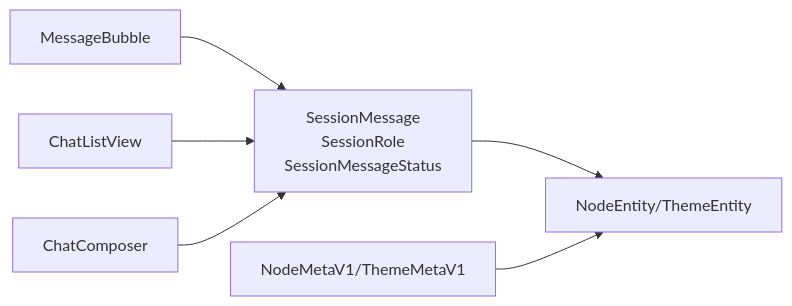
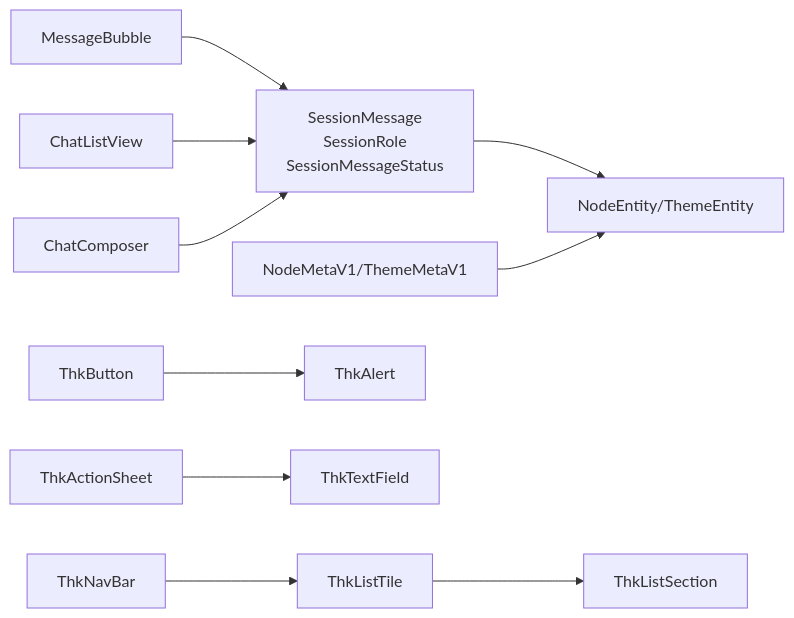
Before and after one commit to Ykworm/thktree: diagram 12 of 12 in .qoder/repowiki/zh/content/UI 组件库/核心 UI 组件.md, drawn with Mermaid. The commit also changed other lines of this file and 39 other files, not shown here.

````diff
--- a/.qoder/repowiki/zh/content/UI 组件库/核心 UI 组件.md
+++ b/.qoder/repowiki/zh/content/UI 组件库/核心 UI 组件.md
@@ -282,8 +781,12 @@
 ```mermaid
 graph LR
 MB["MessageBubble"] --> SM["SessionMessage<br/>SessionRole<br/>SessionMessageStatus"]
 CLV["ChatListView"] --> SM
 CC["ChatComposer"] --> SM
+TNB["ThkNavBar"] --> TLT["ThkListTile"]
+TLT --> TLS["ThkListSection"]
+TBTN["ThkButton"] --> TAL["ThkAlert"]
+TAS["ThkActionSheet"] --> TTF["ThkTextField"]
 SM --> DM["NodeEntity/ThemeEntity"]
 MM["NodeMetaV1/ThemeMetaV1"] --> DM
 ```
````
